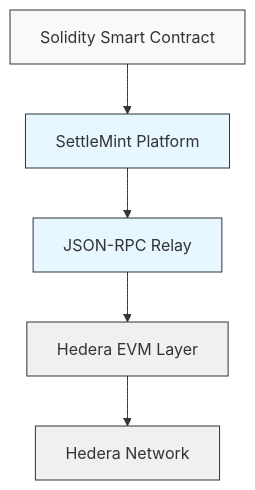
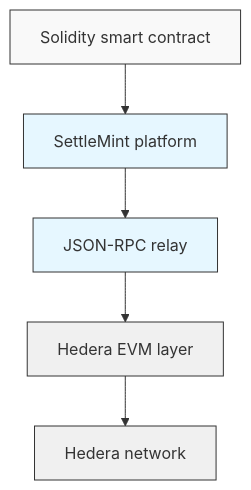
Before and after one commit to settlemint/docs: the first of 2 diagrams in content/docs/building-with-settlemint/hedera-hashgraph-guide/introduction-to-hedera.mdx, drawn with Mermaid. The commit also changed other lines of this file, not shown here.

Commit message:
Fix: standardize capitalization in Hedera introduction document

````diff
--- a/content/docs/building-with-settlemint/hedera-hashgraph-guide/introduction-to-hedera.mdx
+++ b/content/docs/building-with-settlemint/hedera-hashgraph-guide/introduction-to-hedera.mdx
@@ -49,13 +49,13 @@
 ```mermaid
 flowchart TD
-    A[Solidity Smart Contract] --> B[SettleMint Platform]
-    B --> C[JSON-RPC Relay]
-    C --> D[Hedera EVM Layer]
-    D --> E[Hedera Network]
+    A[Solidity smart contract] --> B[SettleMint platform]
+    B --> C[JSON-RPC relay]
+    C --> D[Hedera EVM layer]
+    D --> E[Hedera network]
     
     style A fill:#f9f9f9,stroke:#333,stroke-width:1px
     style B fill:#e6f7ff,stroke:#333,stroke-width:1px
     style C fill:#e6f7ff,stroke:#333,stroke-width:1px
     style D fill:#f0f0f0,stroke:#333,stroke-width:1px
     style E fill:#f0f0f0,stroke:#333,stroke-width:1px
 ```
````
